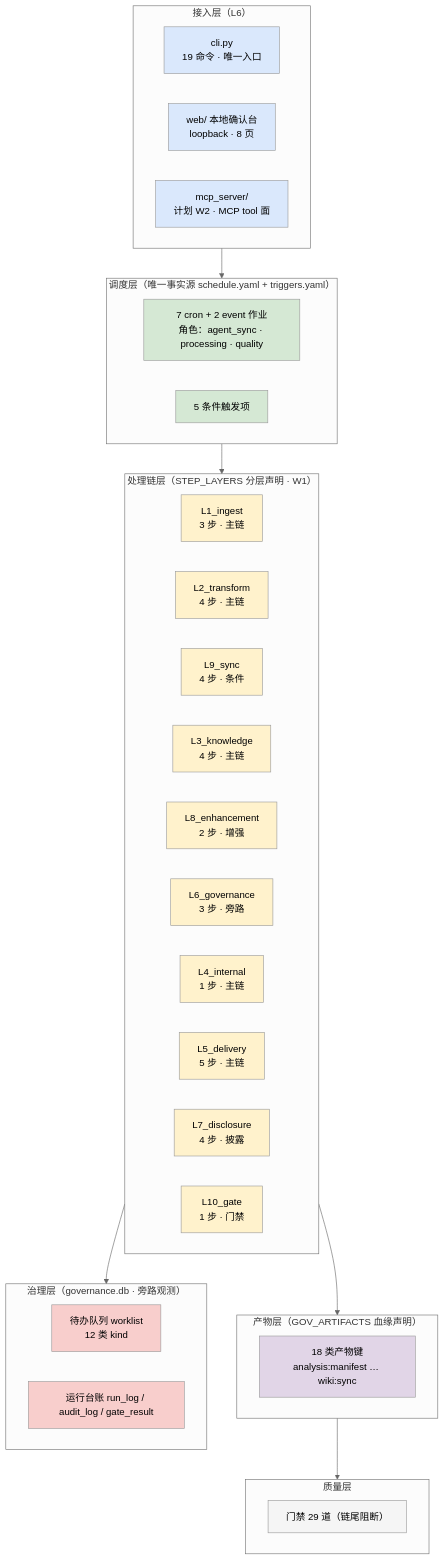
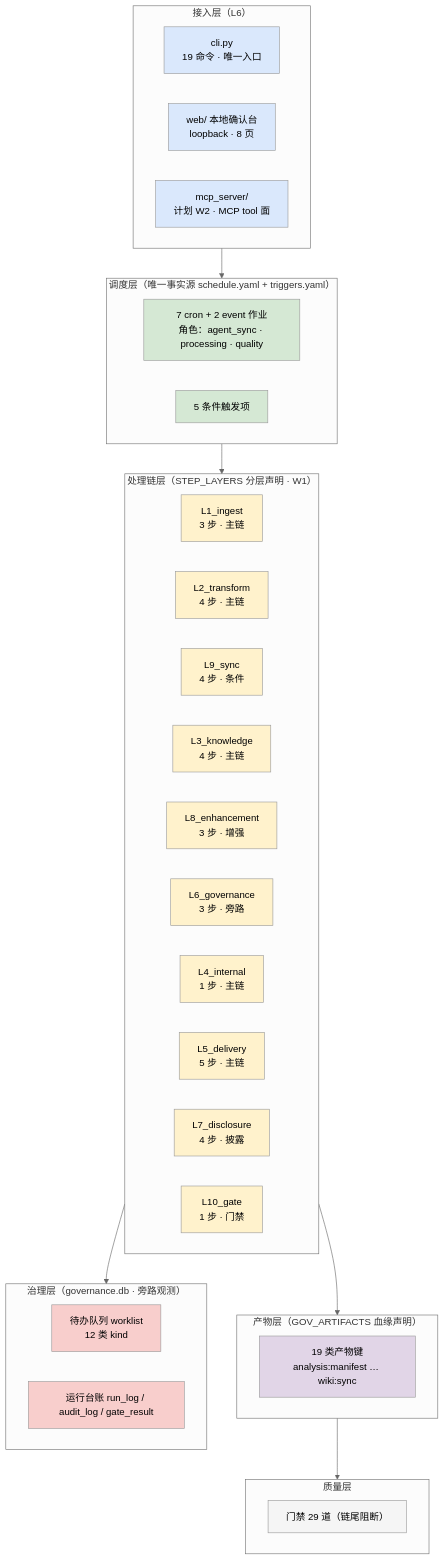
The third of 4 diagrams in README.md (wangtierui/orchestrator), drawn with Mermaid (neutral theme) before and after one commit. The commit also changed other lines of this file and 41 other files, not shown here.

````diff
--- a/README.md
+++ b/README.md
@@ -207,58 +221,58 @@
 ```mermaid
 flowchart TB
   subgraph ACC["接入层（L6）"]
     CLI["cli.py<br/>19 命令 · 唯一入口"]
     WEB["web/ 本地确认台<br/>loopback · 8 页"]
     MCP["mcp_server/<br/>计划 W2 · MCP tool 面"]
   end
   subgraph SCHED["调度层（唯一事实源 schedule.yaml + triggers.yaml）"]
     JOB["7 cron + 2 event 作业<br/>角色：agent_sync · processing · quality"]
     TRG["5 条件触发项"]
   end
   subgraph CHAIN["处理链层（STEP_LAYERS 分层声明 · W1）"]
     L1ingest["L1_ingest<br/>3 步 · 主链"]
     L2transform["L2_transform<br/>4 步 · 主链"]
     L9sync["L9_sync<br/>4 步 · 条件"]
     L3knowledge["L3_knowledge<br/>4 步 · 主链"]
-    L8enhancement["L8_enhancement<br/>2 步 · 增强"]
+    L8enhancement["L8_enhancement<br/>3 步 · 增强"]
     L6governance["L6_governance<br/>3 步 · 旁路"]
     L4internal["L4_internal<br/>1 步 · 主链"]
     L5delivery["L5_delivery<br/>5 步 · 主链"]
     L7disclosure["L7_disclosure<br/>4 步 · 披露"]
     L10gate["L10_gate<br/>1 步 · 门禁"]
   end
   subgraph ART["产物层（GOV_ARTIFACTS 血缘声明）"]
-    ARTN["18 类产物键<br/>analysis:manifest … wiki:sync"]
+    ARTN["19 类产物键<br/>analysis:manifest … wiki:sync"]
   end
   subgraph GOV["治理层（governance.db · 旁路观测）"]
     WL["待办队列 worklist<br/>12 类 kind"]
     LED["运行台账 run_log / audit_log / gate_result"]
   end
   subgraph QUAL["质量层"]
     GATES["门禁 29 道（链尾阻断）"]
   end
   ACC --> SCHED --> CHAIN --> ART
   CHAIN --> GOV
   ART --> QUAL
   classDef acc fill:#dae8fc
   classDef sched fill:#d5e8d4
   classDef chain fill:#fff2cc
   classDef art fill:#e1d5e7
   classDef gov fill:#f8cecc
   classDef qual fill:#f5f5f5
   class CLI,WEB,MCP acc
   class JOB,TRG sched
   class L1ingest chain
   class L2transform chain
   class L9sync chain
   class L3knowledge chain
   class L8enhancement chain
   class L6governance chain
   class L4internal chain
   class L5delivery chain
   class L7disclosure chain
   class L10gate chain
   class ARTN art
   class WL,LED gov
   class GATES qual
 ```
````
